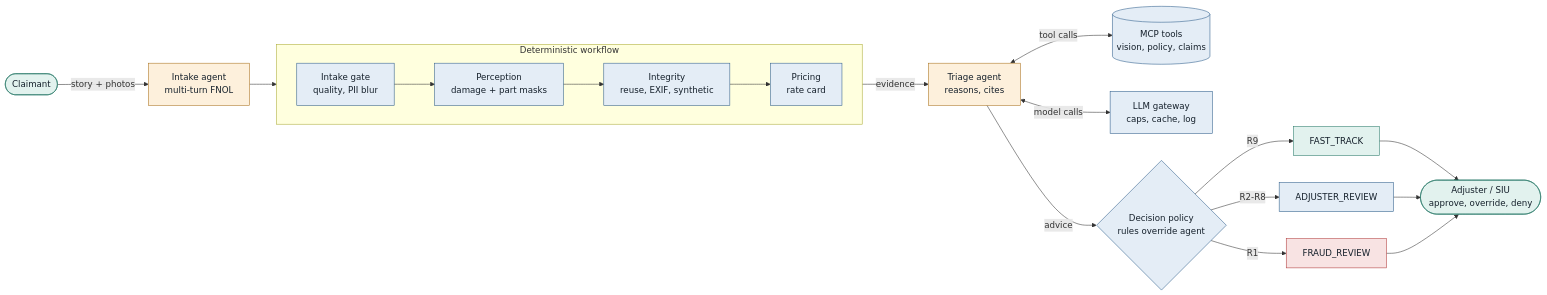
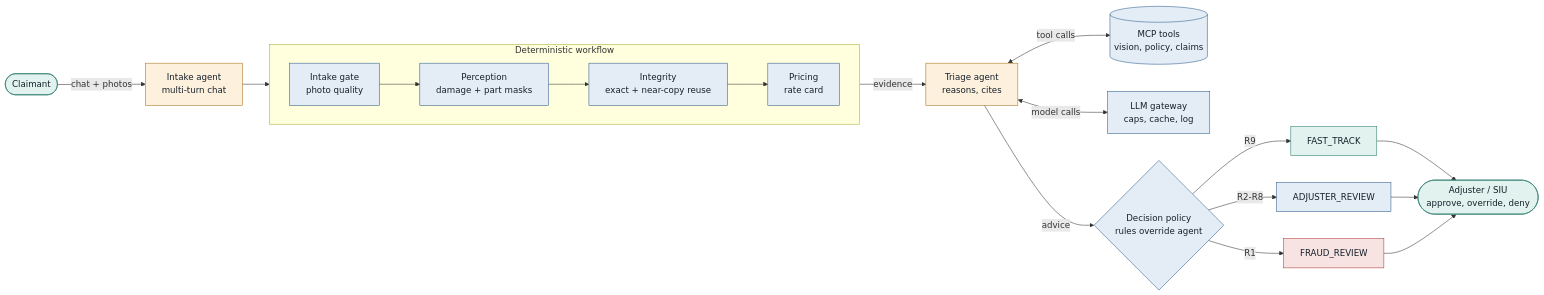
One commit to kb2326/car-damage-detection-yolov8 changed the first of 4 diagrams in README.md. Above: the diagram before and after it, drawn with Mermaid. The commit also changed other lines of this file and 2 other files, not shown here.

````diff
--- a/README.md
+++ b/README.md
@@ -66,30 +82,30 @@
 ```mermaid
 flowchart LR
-    C([Claimant]) -->|story + photos| IA[Intake agent<br/>multi-turn FNOL]
+    C([Claimant]) -->|chat + photos| IA[Intake agent<br/>multi-turn chat]
 
     subgraph WF [Deterministic workflow]
         direction LR
-        Q[Intake gate<br/>quality, PII blur] --> P[Perception<br/>damage + part masks]
-        P --> I[Integrity<br/>reuse, EXIF, synthetic]
+        Q[Intake gate<br/>photo quality] --> P[Perception<br/>damage + part masks]
+        P --> I[Integrity<br/>exact + near-copy reuse]
         I --> PR[Pricing<br/>rate card]
     end
 
     IA --> Q
     PR -->|evidence| TA[Triage agent<br/>reasons, cites]
     TA <-->|tool calls| T[(MCP tools<br/>vision, policy, claims)]
     TA <-->|model calls| G[LLM gateway<br/>caps, cache, log]
     TA -->|advice| D{Decision policy<br/>rules override agent}
     D -->|R9| FT[FAST_TRACK]
     D -->|R2-R8| AR[ADJUSTER_REVIEW]
     D -->|R1| FR[FRAUD_REVIEW]
     FT & AR & FR --> H([Adjuster / SIU<br/>approve, override, deny])
 
     classDef llm fill:#fdf0dc,stroke:#a8701a,color:#15202b
     classDef det fill:#e4edf6,stroke:#2c5b8a,color:#15202b
     classDef human fill:#e2f2ee,stroke:#2a7a69,color:#15202b
     classDef fraud fill:#f8e3e3,stroke:#b03838,color:#15202b
     class IA,TA llm
     class Q,P,I,PR,D,AR,T,G det
     class C,H,FT human
     class FR fraud
 ```
````
